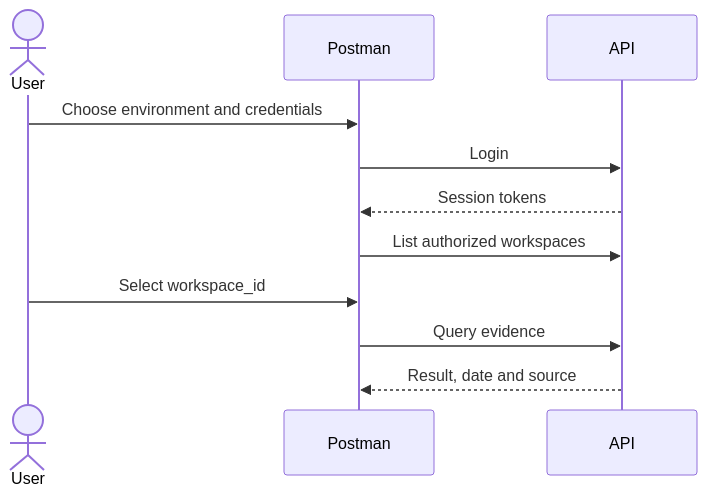
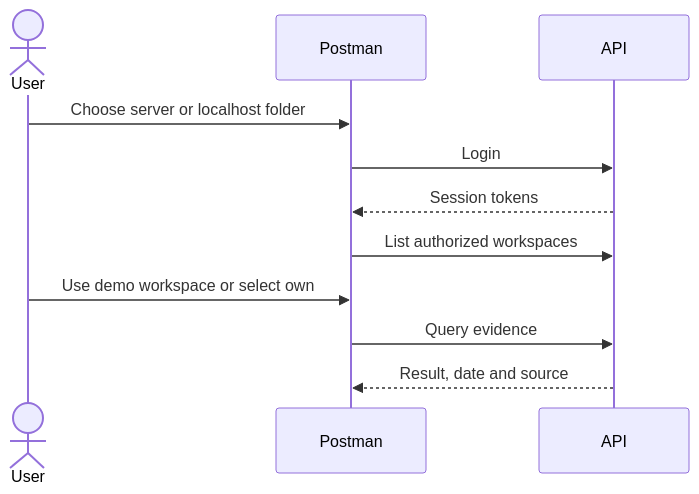
Before and after one commit to Luxisoft/realityos-spatial-memory: the diagram in docs/API.md, drawn with Mermaid. The commit also changed other lines of this file and 16 other files, not shown here.

Commit message:
feat(postman): configure server and localhost demo collections

````diff
--- a/docs/API.md
+++ b/docs/API.md
@@ -21,13 +30,13 @@
 ```mermaid
 sequenceDiagram
     actor U as User
     participant P as Postman
     participant A as API
-    U->>P: Choose environment and credentials
+    U->>P: Choose server or localhost folder
     P->>A: Login
     A-->>P: Session tokens
     P->>A: List authorized workspaces
-    U->>P: Select workspace_id
+    U->>P: Use demo workspace or select own
     P->>A: Query evidence
     A-->>P: Result, date and source
 ```
````
